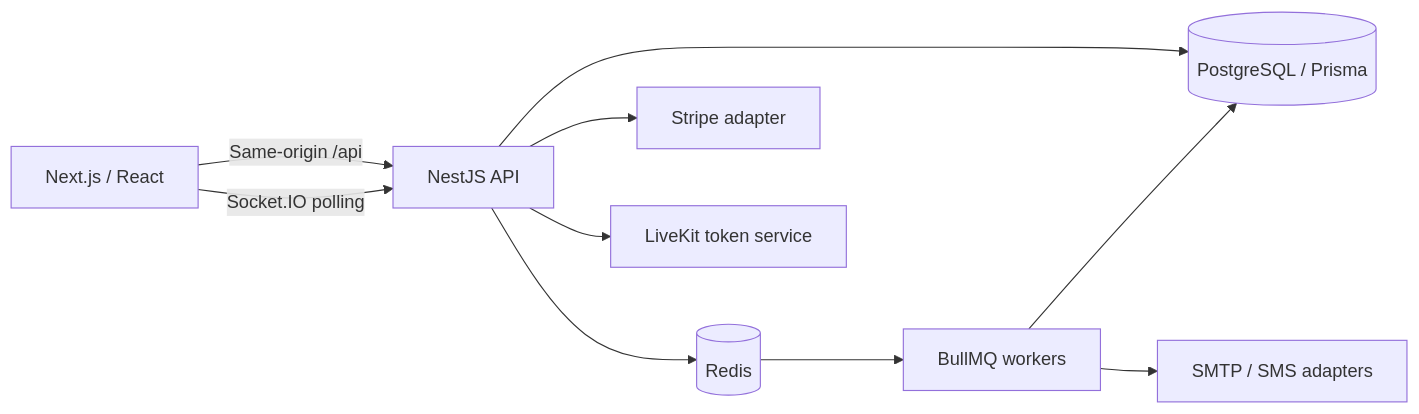
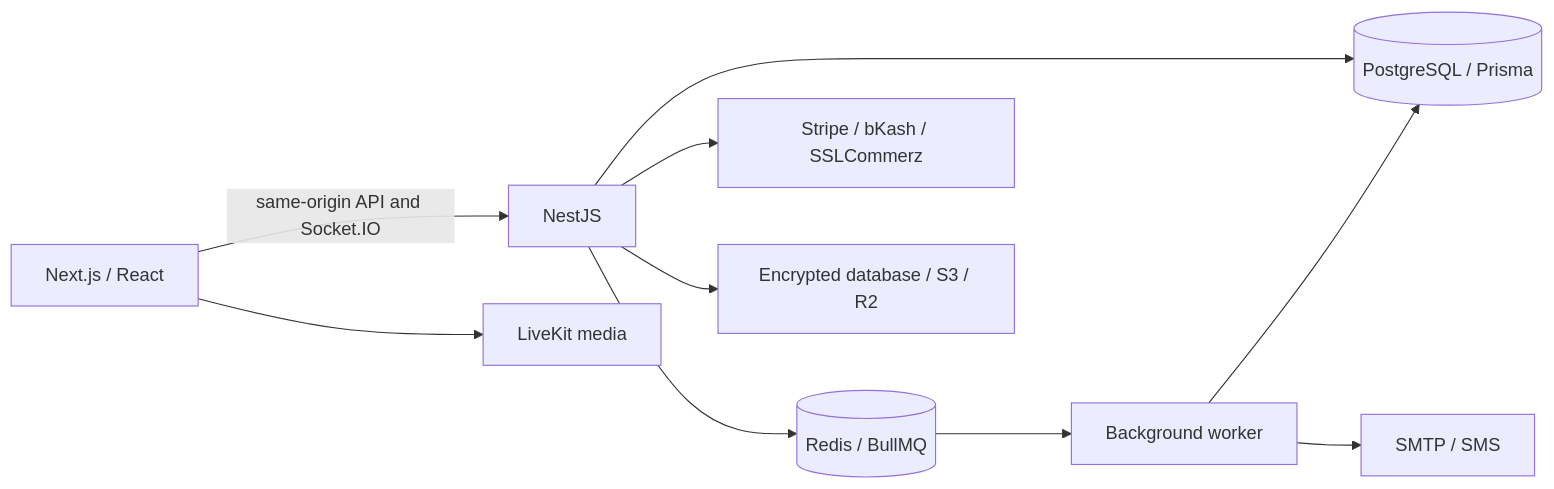
Before and after one commit to amitavrchy/doctor-appointment-system: the diagram in backend/docs/architecture.md, drawn with Mermaid. The commit also changed other lines of this file and 6 other files, not shown here.

````diff
--- a/backend/docs/architecture.md
+++ b/backend/docs/architecture.md
@@ -7,12 +7,12 @@
 ```mermaid
 flowchart LR
-  Browser[Next.js / React] -->|Same-origin /api| API[NestJS API]
-  Browser -->|Socket.IO polling| API
+  Browser[Next.js / React] -->|same-origin API and Socket.IO| API[NestJS]
   API --> DB[(PostgreSQL / Prisma)]
-  API --> Redis[(Redis)]
-  Redis --> Workers[BullMQ workers]
-  Workers --> DB
-  API --> Stripe[Stripe adapter]
-  API --> LiveKit[LiveKit token service]
-  Workers --> Delivery[SMTP / SMS adapters]
+  API --> Redis[(Redis / BullMQ)]
+  Redis --> Worker[Background worker]
+  Worker --> DB
+  API --> Payment[Stripe / bKash / SSLCommerz]
+  API --> Storage[Encrypted database / S3 / R2]
+  Browser --> Video[LiveKit media]
+  Worker --> Delivery[SMTP / SMS]
 ```
````
